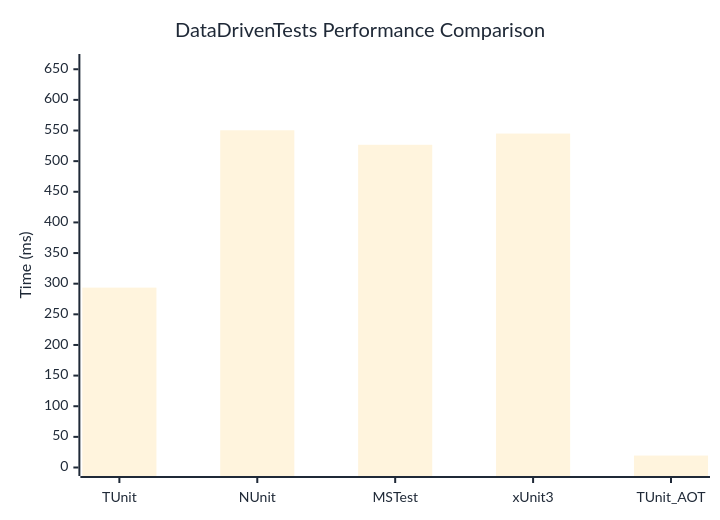
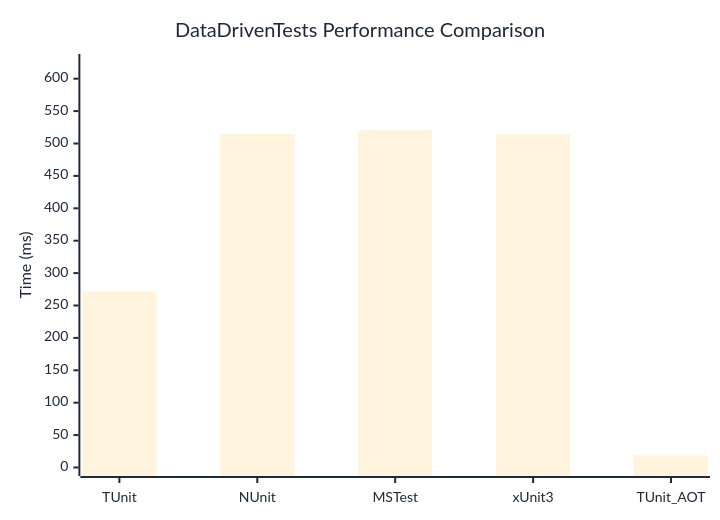
One commit to thomhurst/TUnit changed the diagram in docs/docs/benchmarks/engine/DataDrivenTests.md. Above: the diagram before and after it, drawn with Mermaid. The commit also changed other lines of this file and 17 other files, not shown here.

````diff
--- a/docs/docs/benchmarks/engine/DataDrivenTests.md
+++ b/docs/docs/benchmarks/engine/DataDrivenTests.md
@@ -29,37 +29,37 @@
 ```mermaid
 %%{init: {
   'theme':'base',
   'themeVariables': {
     'primaryColor': '#2563eb',
     'primaryTextColor': '#1f2937',
     'primaryBorderColor': '#1e40af',
     'lineColor': '#6b7280',
     'secondaryColor': '#7c3aed',
     'tertiaryColor': '#dc2626',
     'background': '#ffffff',
     'mainBkg': '#2563eb',
     'secondBkg': '#7c3aed',
     'tertiaryBkg': '#dc2626',
     'clusterBkg': '#f3f4f6',
     'edgeLabelBackground': '#ffffff',
     'tertiaryTextColor': '#1f2937',
     'pie1': '#2563eb',
     'pie2': '#7c3aed',
     'pie3': '#dc2626',
     'pie4': '#f59e0b',
     'pie5': '#10b981',
     'pie6': '#06b6d4',
     'pie7': '#ec4899',
     'pie8': '#6366f1',
     'pie9': '#84cc16',
     'pie10': '#f97316',
     'pie11': '#14b8a6',
     'pie12': '#a855f7'
   }
 }}%%
 xychart-beta
   title "DataDrivenTests Performance Comparison"
   x-axis ["TUnit", "NUnit", "MSTest", "xUnit3", "TUnit_AOT"]
-  y-axis "Time (ms)" 0 --> 661
-  bar [293.57, 550.36, 526.7, 545.01, 19.48]
+  y-axis "Time (ms)" 0 --> 625
+  bar [271.89, 514.79, 520.59, 514.41, 18.89]
 ```
````
